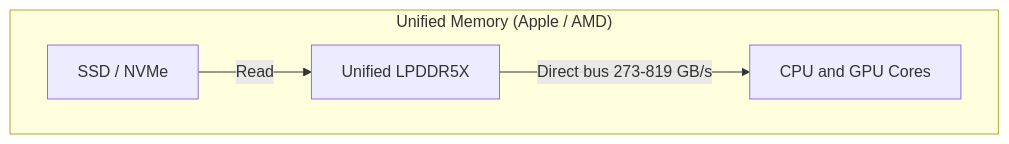
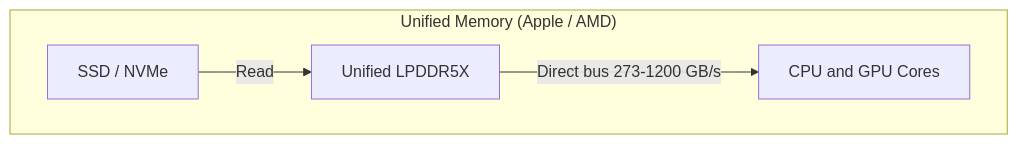
Before and after one commit to DamienBecherini/ia-on-prem-vault: the second of 2 diagrams in en/02-materiel/apu-and-unified-memory.md, drawn with Mermaid. The commit also changed other lines of this file and 34 other files, not shown here.

````diff
--- a/en/02-materiel/apu-and-unified-memory.md
+++ b/en/02-materiel/apu-and-unified-memory.md
@@ -77,7 +79,7 @@
 ```mermaid
 graph TD
     subgraph "Unified Memory (Apple / AMD)"
         E[SSD / NVMe] -->|Read| F[Unified LPDDR5X]
-        F -->|Direct bus 273-819 GB/s| G[CPU and GPU Cores]
+        F -->|Direct bus 273-1200 GB/s| G[CPU and GPU Cores]
     end
 ```
````
